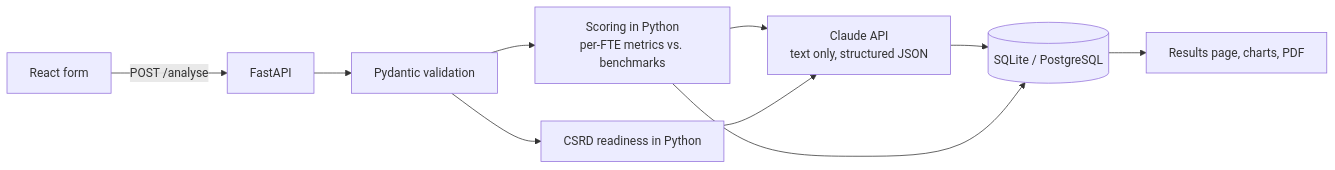
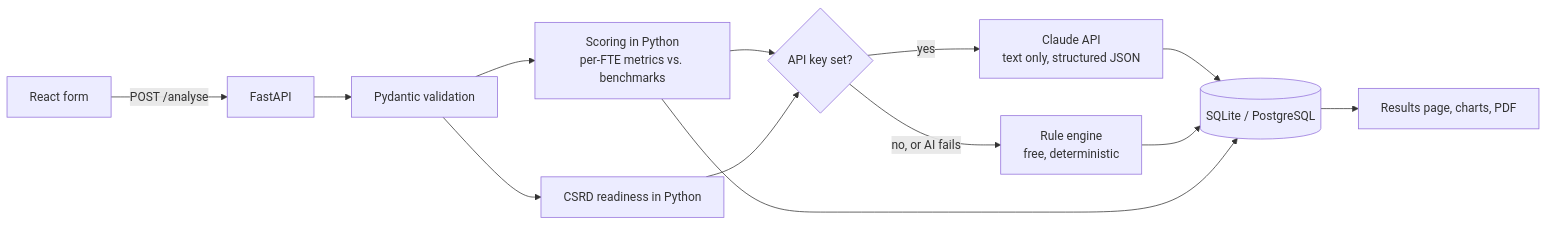
One commit to porag2601/sustainiq changed the diagram in README.md. Above: the diagram before and after it, drawn with Mermaid. The commit also changed other lines of this file and 13 other files, not shown here.

Commit message:
feat: add free rule-based analysis, make Claude API key optional

````diff
--- a/README.md
+++ b/README.md
@@ -42,12 +44,15 @@
 ```mermaid
 flowchart LR
     A[React form] -->|POST /analyse| B[FastAPI]
     B --> C[Pydantic validation]
     C --> D[Scoring in Python<br/>per-FTE metrics vs. benchmarks]
     C --> E[CSRD readiness in Python]
-    D --> F[Claude API<br/>text only, structured JSON]
+    D --> F{API key set?}
     E --> F
-    F --> G[(SQLite / PostgreSQL)]
+    F -->|yes| K[Claude API<br/>text only, structured JSON]
+    F -->|no, or AI fails| L[Rule engine<br/>free, deterministic]
+    K --> G[(SQLite / PostgreSQL)]
+    L --> G
     D --> G
     G --> H[Results page, charts, PDF]
 ```
````
